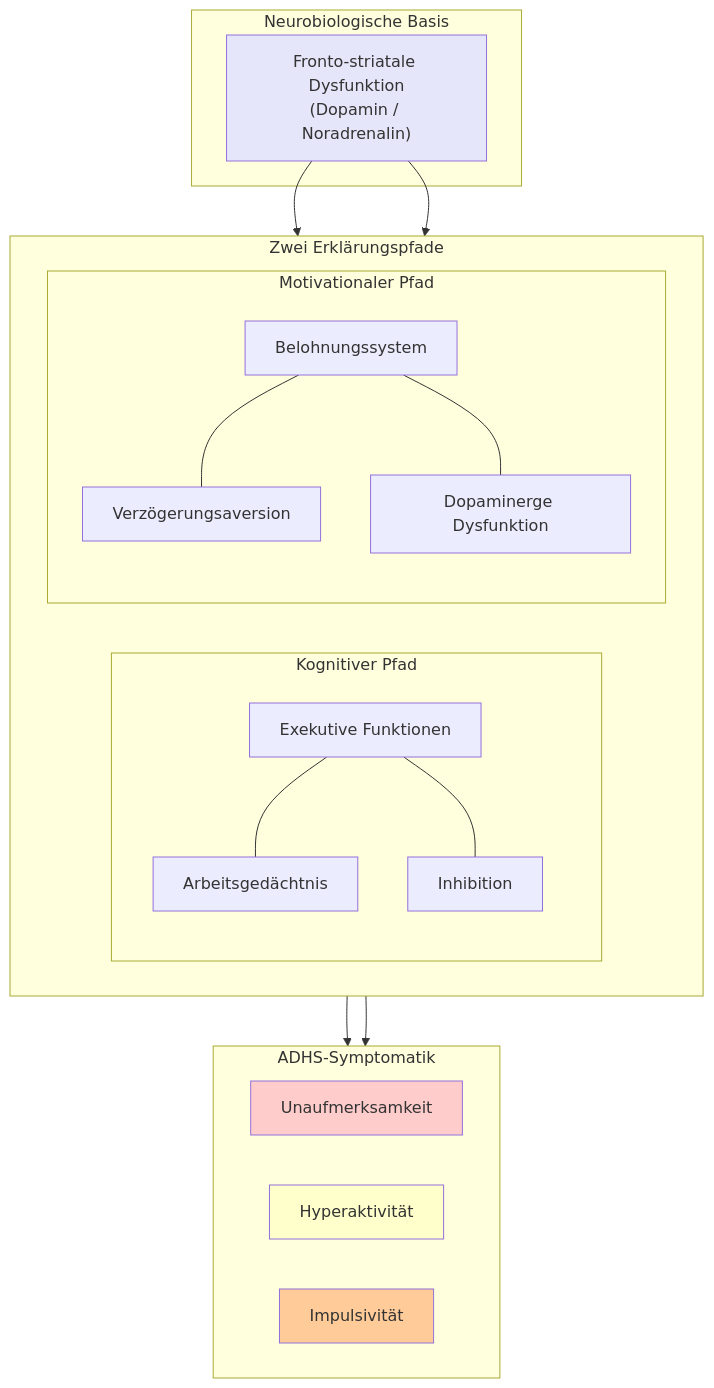
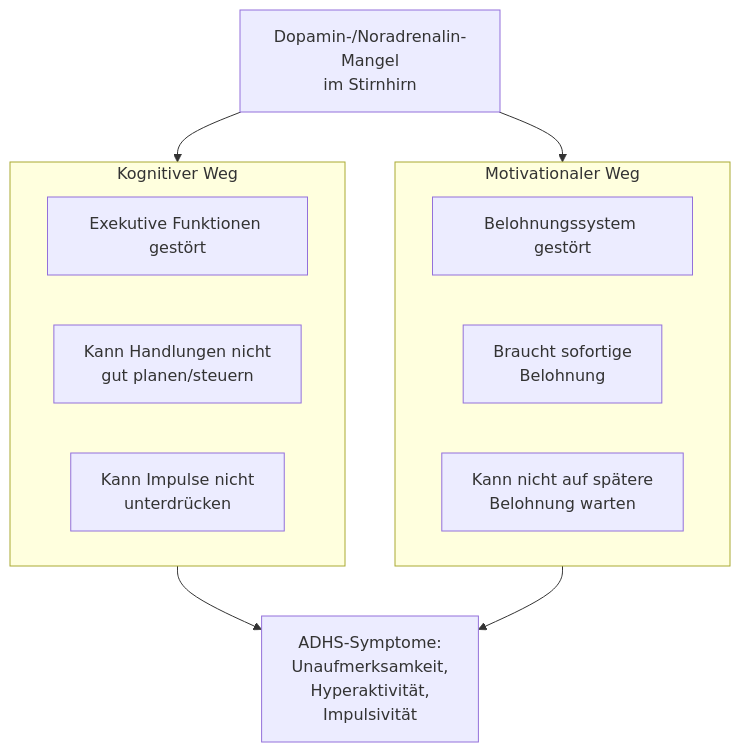
One commit to silas-hartmann/silas-hartmann.github.io changed the fifth of 8 diagrams in Aufmerksamkeit_ADHS/01_ADHS-Definition_und_Diagnose.md. Above: the diagram before and after it, drawn with Mermaid. The commit also changed other lines of this file and 19 other files, not shown here.

````diff
--- a/Aufmerksamkeit_ADHS/01_ADHS-Definition_und_Diagnose.md
+++ b/Aufmerksamkeit_ADHS/01_ADHS-Definition_und_Diagnose.md
@@ -326,41 +241,22 @@
 ```mermaid
 flowchart TB
-    subgraph Basis["Neurobiologische Basis"]
-        FRONTO["Fronto-striatale Dysfunktion<br>(Dopamin / Noradrenalin)"]
+    BASIS["Dopamin-/Noradrenalin-Mangel<br>im Stirnhirn"]
+    
+    subgraph Weg1["Kognitiver Weg"]
+        K1["Exekutive Funktionen gestört"]
+        K2["Kann Handlungen nicht<br>gut planen/steuern"]
+        K3["Kann Impulse nicht<br>unterdrücken"]
     end
     
-    subgraph Pfade["Zwei Erklärungspfade"]
-        direction LR
-        subgraph Kognitiv["Kognitiver Pfad"]
-            EF["Exekutive Funktionen"]
-            AG["Arbeitsgedächtnis"]
-            INH["Inhibition"]
-            EF --- AG
-            EF --- INH
-        end
-        
-        subgraph Motivational["Motivationaler Pfad"]
-            BEL["Belohnungssystem"]
-            VA["Verzögerungsaversion"]
-            DOP["Dopaminerge Dysfunktion"]
-            BEL --- VA
-            BEL --- DOP
-        end
+    subgraph Weg2["Motivationaler Weg"]
+        M1["Belohnungssystem gestört"]
+        M2["Braucht sofortige<br>Belohnung"]
+        M3["Kann nicht auf spätere<br>Belohnung warten"]
     end
     
-    subgraph Symptome["ADHS-Symptomatik"]
-        UNAUF["Unaufmerksamkeit"]
-        HYPER["Hyperaktivität"]
-        IMPULS["Impulsivität"]
-    end
+    BASIS --> Weg1
+    BASIS --> Weg2
     
-    FRONTO --> Kognitiv
-    FRONTO --> Motivational
-    Kognitiv --> Symptome
-    Motivational --> Symptome
-    
-    style FRONTO fill:#e6e6fa
-    style UNAUF fill:#ffcccc
-    style HYPER fill:#ffffcc
-    style IMPULS fill:#ffcc99
+    Weg1 --> SYM["ADHS-Symptome:<br>Unaufmerksamkeit,<br>Hyperaktivität,<br>Impulsivität"]
+    Weg2 --> SYM
 ```
````
